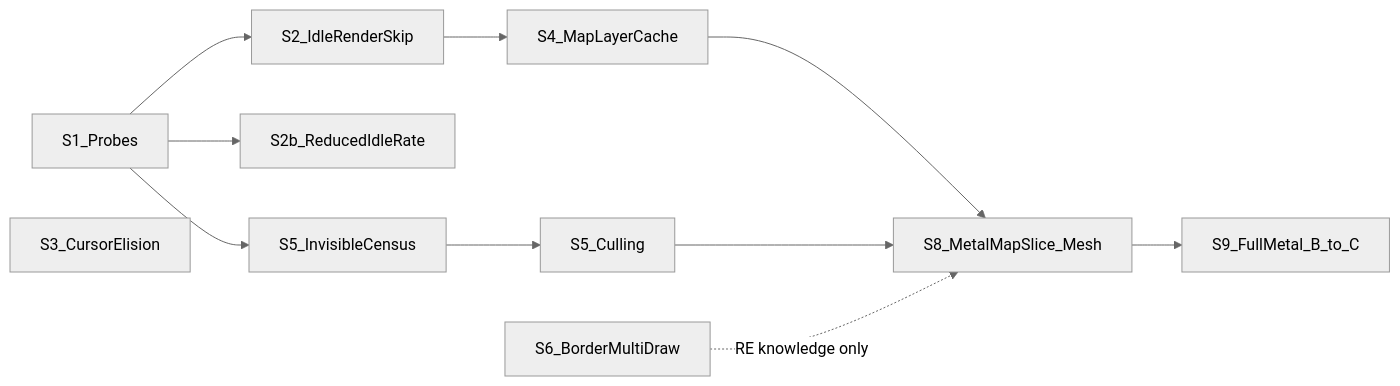
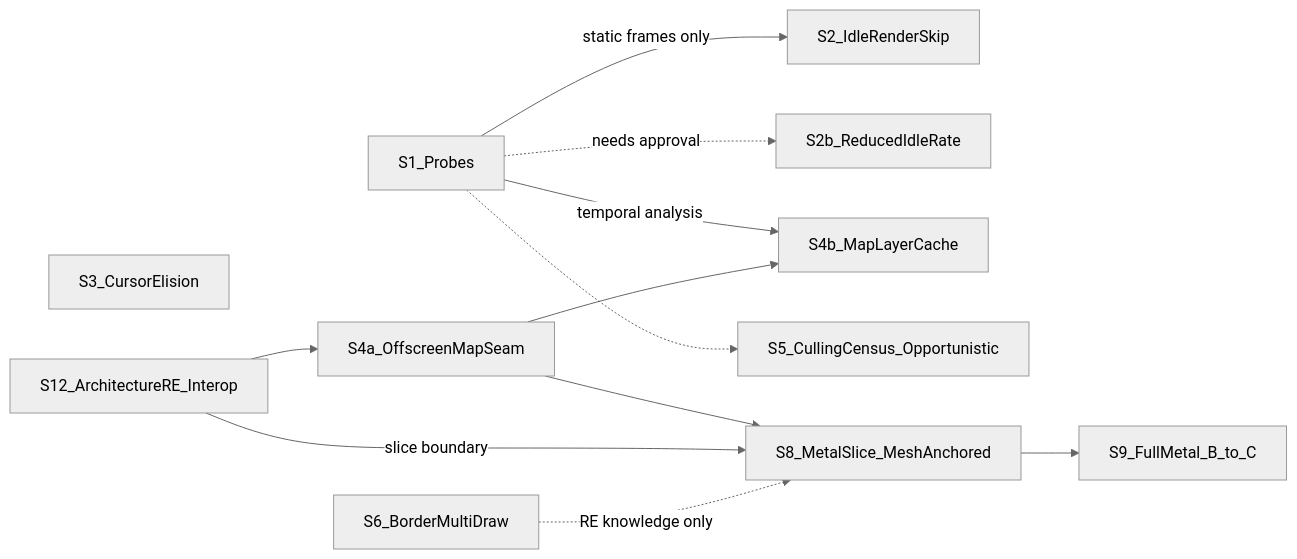
The diagram in docs/eu4_rendering_alternatives_ranked.md (HagbardCel/eu4-mac-perf), drawn with Mermaid (neutral theme) before and after one commit. The commit also changed other lines of this file and 2 other files, not shown here.

First line of the commit message:
Revise recommended strategy per review: conditional idle skip, seam vs cache, parallel architecture RE.

````diff
--- a/docs/eu4_rendering_alternatives_ranked.md
+++ b/docs/eu4_rendering_alternatives_ranked.md
@@ -235,13 +254,14 @@
 ```mermaid
 flowchart LR
-    S1[S1_Probes] --> S2[S2_IdleRenderSkip]
-    S1 --> S2b[S2b_ReducedIdleRate]
-    S1 --> S5test[S5_InvisibleCensus]
+    S1[S1_Probes] -->|"static frames only"| S2[S2_IdleRenderSkip]
+    S1 -.->|"needs approval"| S2b[S2b_ReducedIdleRate]
+    S1 -->|"temporal analysis"| S4b[S4b_MapLayerCache]
+    S1 -.-> S5[S5_CullingCensus_Opportunistic]
     S3[S3_CursorElision]
-    S2 --> S4[S4_MapLayerCache]
-    S5test --> S5impl[S5_Culling]
-    S4 --> S8[S8_MetalMapSlice_Mesh]
-    S5impl --> S8
+    S12[S12_ArchitectureRE_Interop] --> S4a[S4a_OffscreenMapSeam]
+    S4a --> S4b
+    S4a --> S8[S8_MetalSlice_MeshAnchored]
+    S12 -->|"slice boundary"| S8
     S8 --> S9[S9_FullMetal_B_to_C]
     S6[S6_BorderMultiDraw] -.->|"RE knowledge only"| S8
 ```
````
